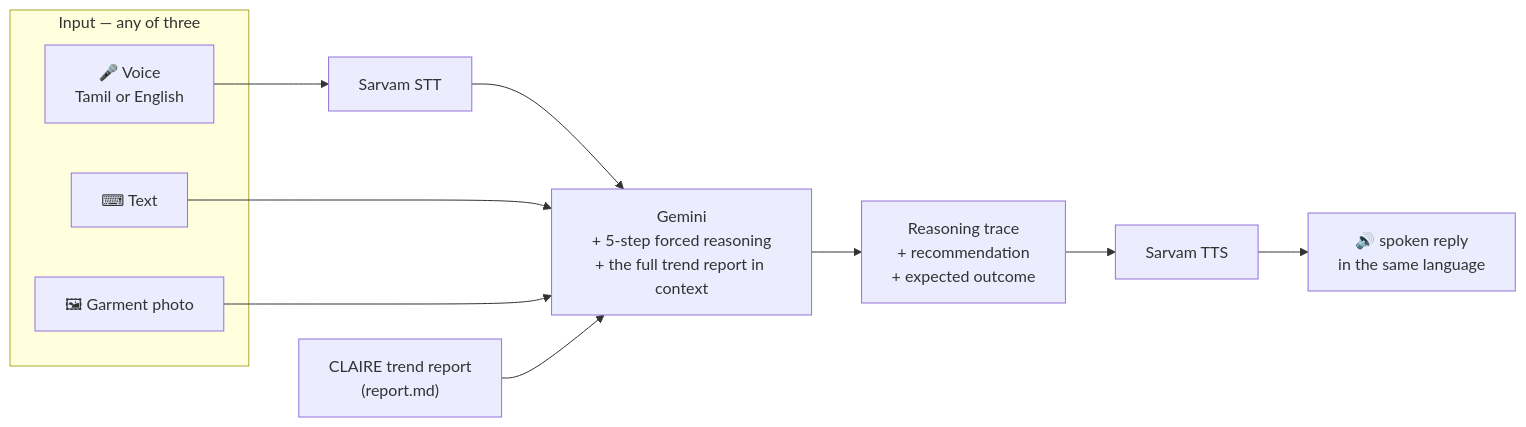
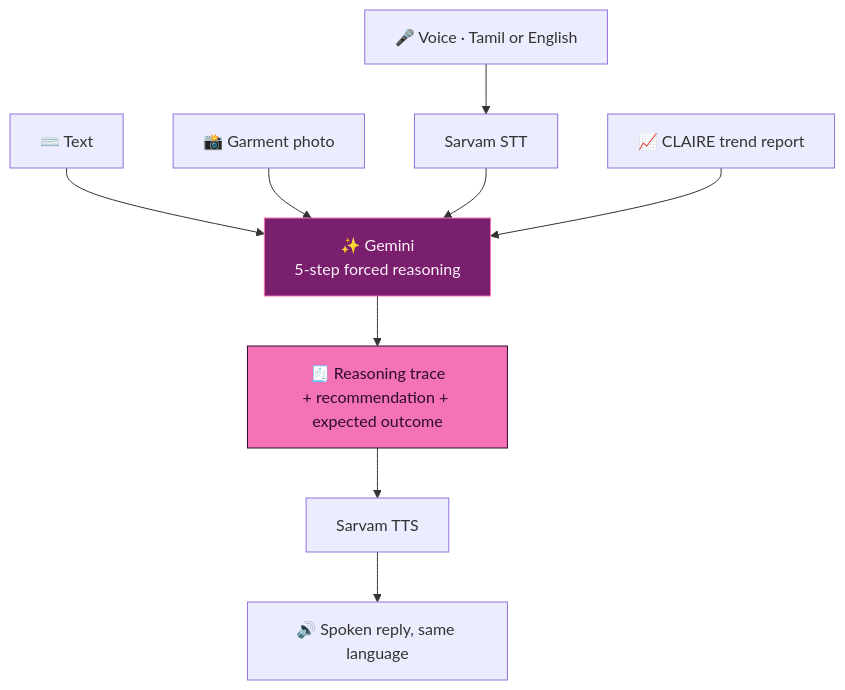
One commit to Vishal-AS-0407/portfolio changed the diagram in gh-readmes/Claire_Chatbot/README.md. Above: the diagram before and after it, drawn with Mermaid. The commit also changed other lines of this file and 62 other files, not shown here.

````diff
--- a/gh-readmes/Claire_Chatbot/README.md
+++ b/gh-readmes/Claire_Chatbot/README.md
@@ -45,16 +87,13 @@
 ```mermaid
-flowchart LR
-    subgraph IN["Input — any of three"]
-        V["🎤 Voice<br/>Tamil or English"]
-        T["⌨ Text"]
-        I["🖼 Garment photo"]
-    end
-    V --> STT["Sarvam STT"]
-    STT --> BRAIN
-    T --> BRAIN
-    I --> BRAIN["Gemini<br/>+ 5-step forced reasoning<br/>+ the full trend report in context"]
-    REP["CLAIRE trend report<br/>(report.md)"] --> BRAIN
-    BRAIN --> OUT["Reasoning trace<br/>+ recommendation<br/>+ expected outcome"]
+flowchart TD
+    V["🎤 Voice · Tamil or English"] --> STT["Sarvam STT"]
+    T["⌨️ Text"] --> BRAIN
+    I["📸 Garment photo"] --> BRAIN
+    STT --> BRAIN["✨ Gemini<br/>5-step forced reasoning"]
+    REP["📈 CLAIRE trend report"] --> BRAIN
+    BRAIN --> OUT["🧾 Reasoning trace<br/>+ recommendation + expected outcome"]
     OUT --> TTS["Sarvam TTS"]
-    TTS --> SPK["🔊 spoken reply<br/>in the same language"]
+    TTS --> SPK["🔊 Spoken reply, same language"]
+    style BRAIN fill:#7A1E6E,stroke:#F472B6,color:#FDF2F8
+    style OUT fill:#F472B6,stroke:#2B0B2E,color:#2B0B2E
 ```
````
